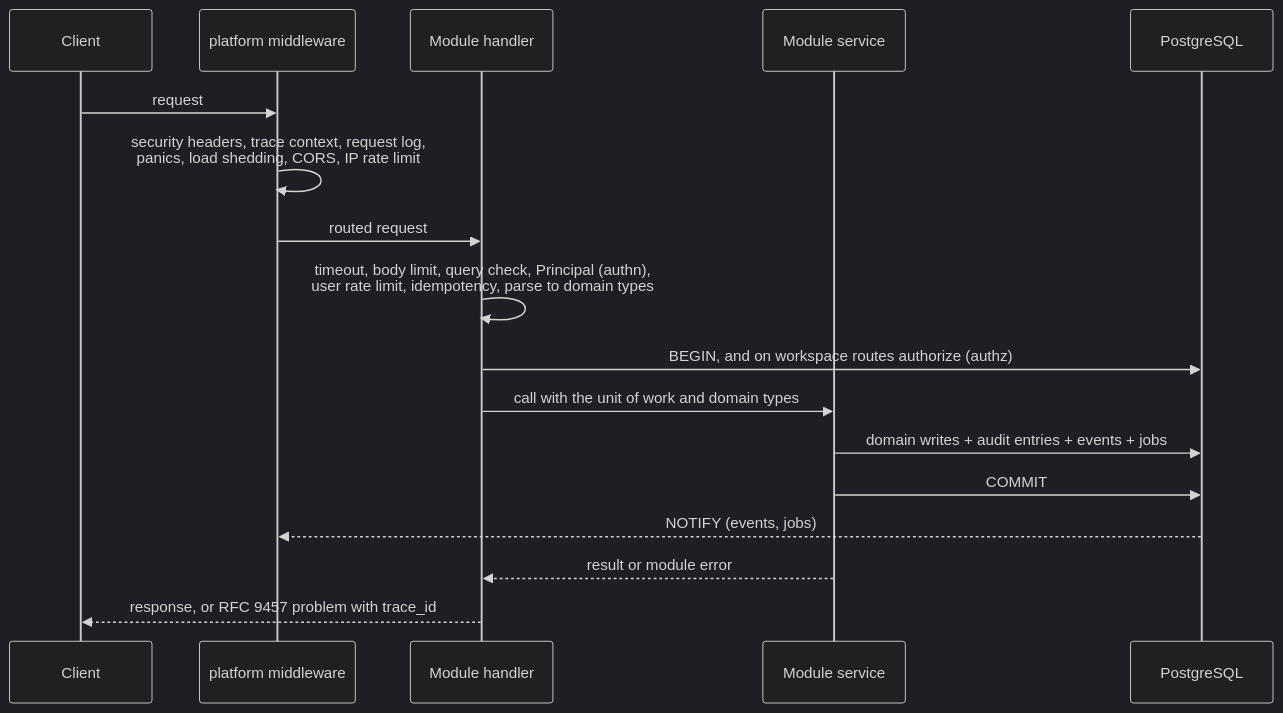
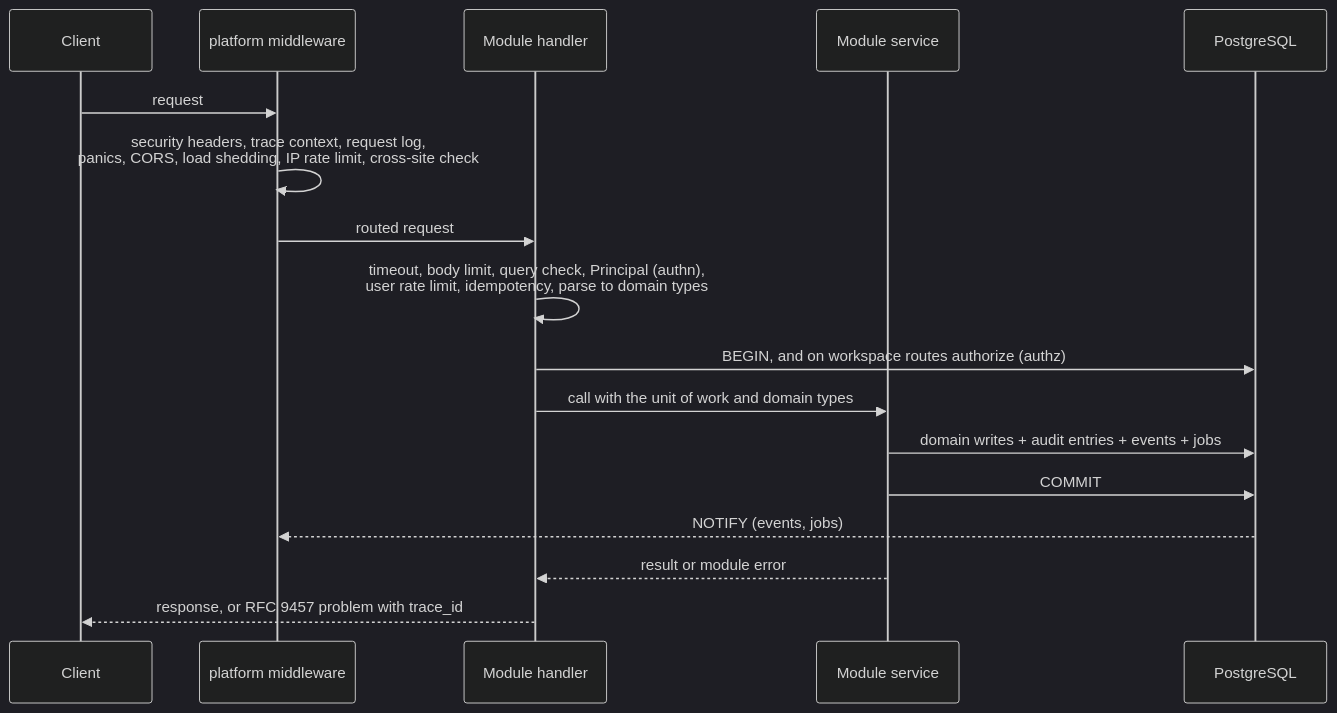
Before and after one commit to Grebyn35/AntWorker-API-Rust: the third of 3 diagrams in docs/architecture.md, drawn with Mermaid (dark theme). The commit also changed other lines of this file and 102 other files, not shown here.

````diff
--- a/docs/architecture.md
+++ b/docs/architecture.md
@@ -197,19 +199,19 @@
 ```mermaid
 sequenceDiagram
   participant C as Client
   participant P as platform middleware
   participant H as Module handler
   participant S as Module service
   participant DB as PostgreSQL
   C->>P: request
-  P->>P: security headers, trace context, request log,<br/>panics, load shedding, CORS, IP rate limit
+  P->>P: security headers, trace context, request log,<br/>panics, CORS, load shedding, IP rate limit, cross-site check
   P->>H: routed request
   H->>H: timeout, body limit, query check, Principal (authn),<br/>user rate limit, idempotency, parse to domain types
   H->>DB: BEGIN, and on workspace routes authorize (authz)
   H->>S: call with the unit of work and domain types
   S->>DB: domain writes + audit entries + events + jobs
   S->>DB: COMMIT
   DB-->>P: NOTIFY (events, jobs)
   S-->>H: result or module error
   H-->>C: response, or RFC 9457 problem with trace_id
 ```
````
